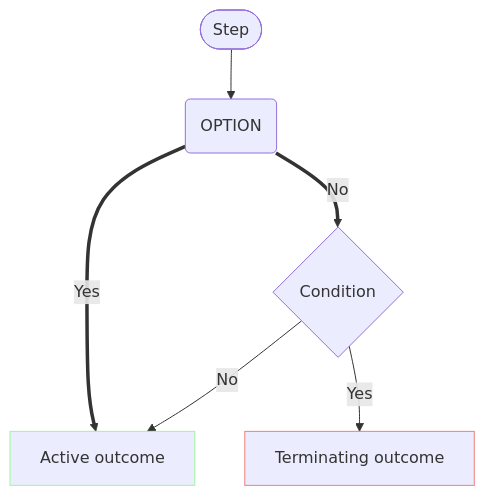
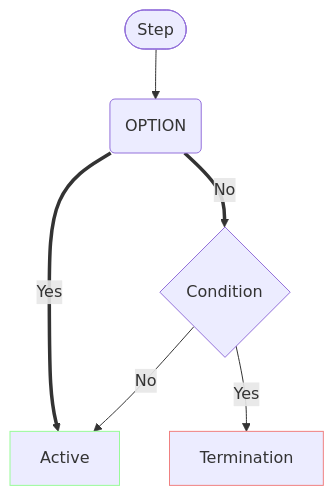
One commit to MODFLOW-USGS/modflow6 changed the first of 3 diagrams in src/Solution/ParticleTracker/vertical.md. Above: the diagram before and after it, drawn with Mermaid. The commit also changed other lines of this file and 2 other files, not shown here.

````diff
--- a/src/Solution/ParticleTracker/vertical.md
+++ b/src/Solution/ParticleTracker/vertical.md
@@ -20,13 +20,13 @@
 ```mermaid
 flowchart TD
     STEP([Step]) --> OPTION[Outcome]
     OPTION(OPTION) ==> |Yes| ACTIVE
     OPTION ==> |No| CONDITION{Condition}
     CONDITION --> |Yes| TERMINATE
     CONDITION --> |No| ACTIVE
-    ACTIVE[Active outcome]:::active
-    TERMINATE[Terminating outcome]:::terminate
+    ACTIVE[Active]:::active
+    TERMINATE[Termination]:::terminate
 
     classDef active stroke:#98fb98
     classDef terminate stroke:#f08080
 ```
````
